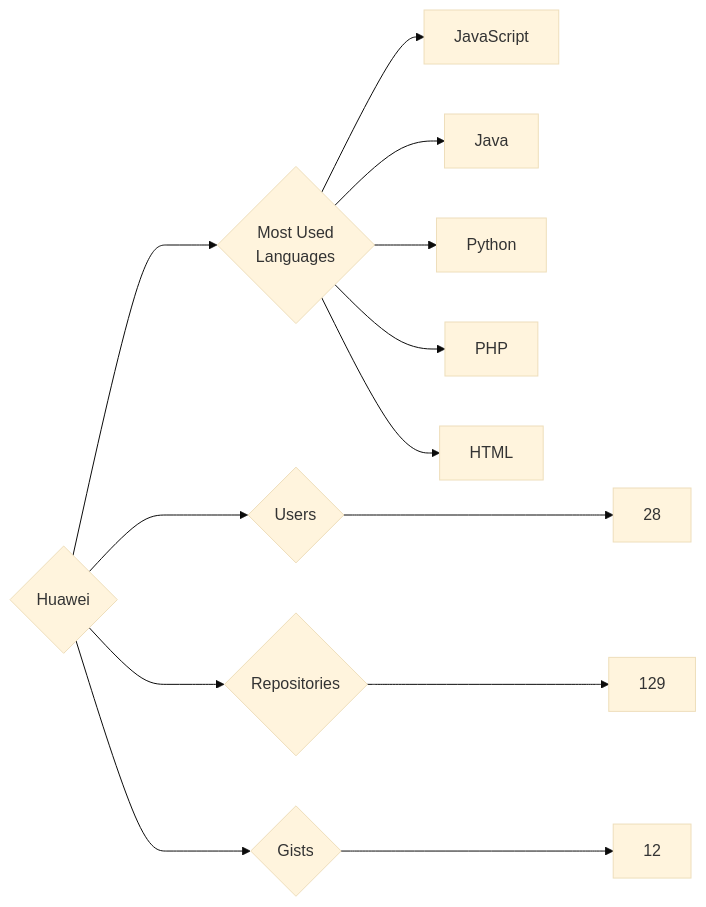
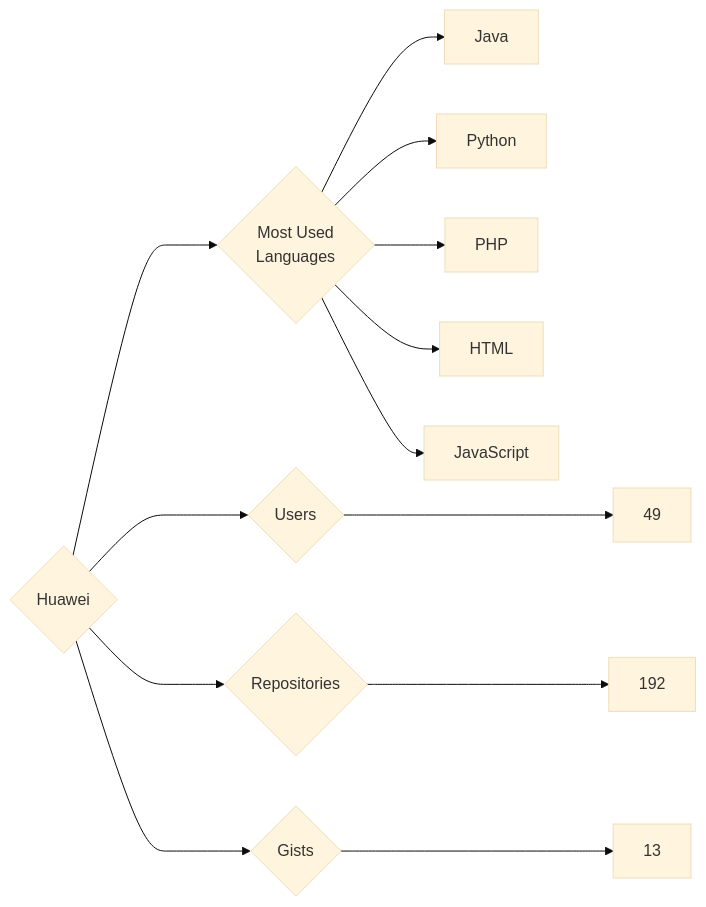
Before and after one commit to trickest/insiders: the diagram in targets/Huawei/README.md, drawn with Mermaid (base theme). The commit also changed 912 other files, not shown here.

````diff
--- a/targets/Huawei/README.md
+++ b/targets/Huawei/README.md
@@ -3,13 +3,13 @@
 ```mermaid
 graph LR
 COMPANY_NAME{Huawei}
-COMPANY_NAME ---> U{Users} ---> UN[28]
-COMPANY_NAME ---> R{Repositories} ---> RN[129]
-COMPANY_NAME ---> G{Gists} ---> GN[12]
+COMPANY_NAME ---> U{Users} ---> UN[49]
+COMPANY_NAME ---> R{Repositories} ---> RN[192]
+COMPANY_NAME ---> G{Gists} ---> GN[13]
 COMPANY_NAME ---> ML{Most Used<br>Languages}
-ML --> JavaScript[JavaScript]
 ML --> Java[Java]
 ML --> Python[Python]
 ML --> PHP[PHP]
 ML --> HTML[HTML]
+ML --> JavaScript[JavaScript]
 ```
````
